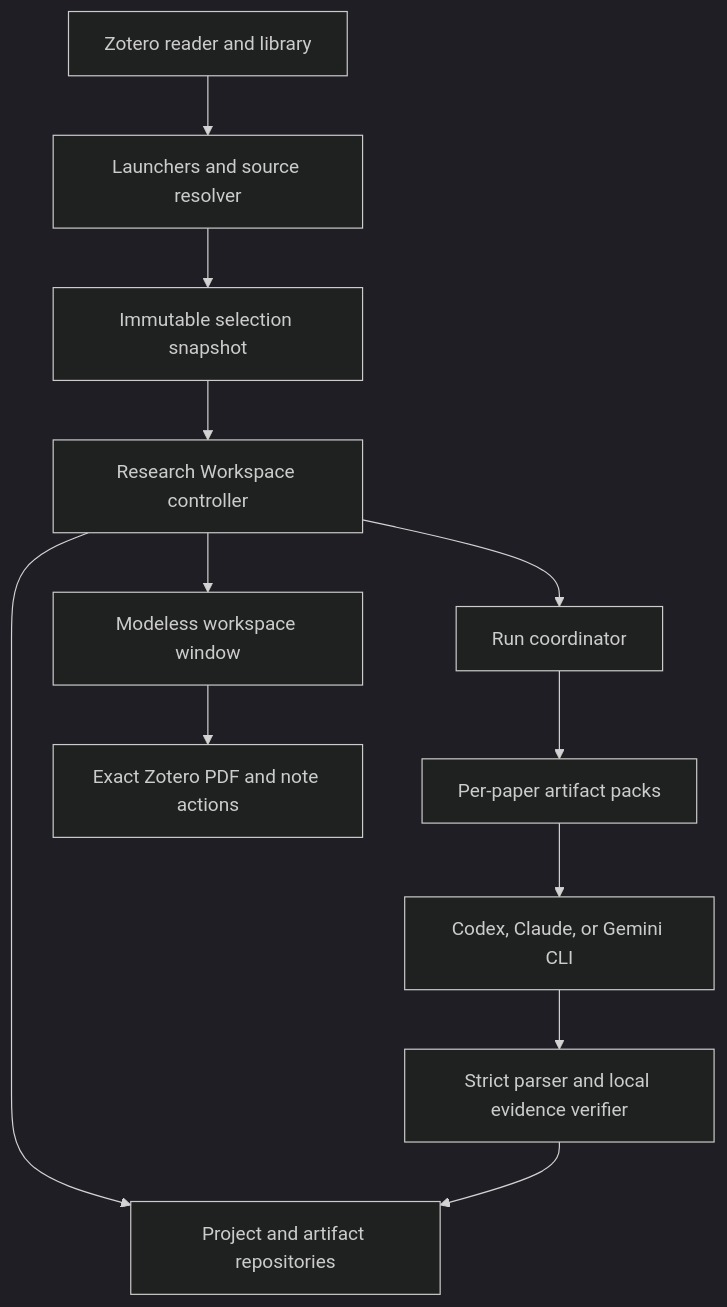
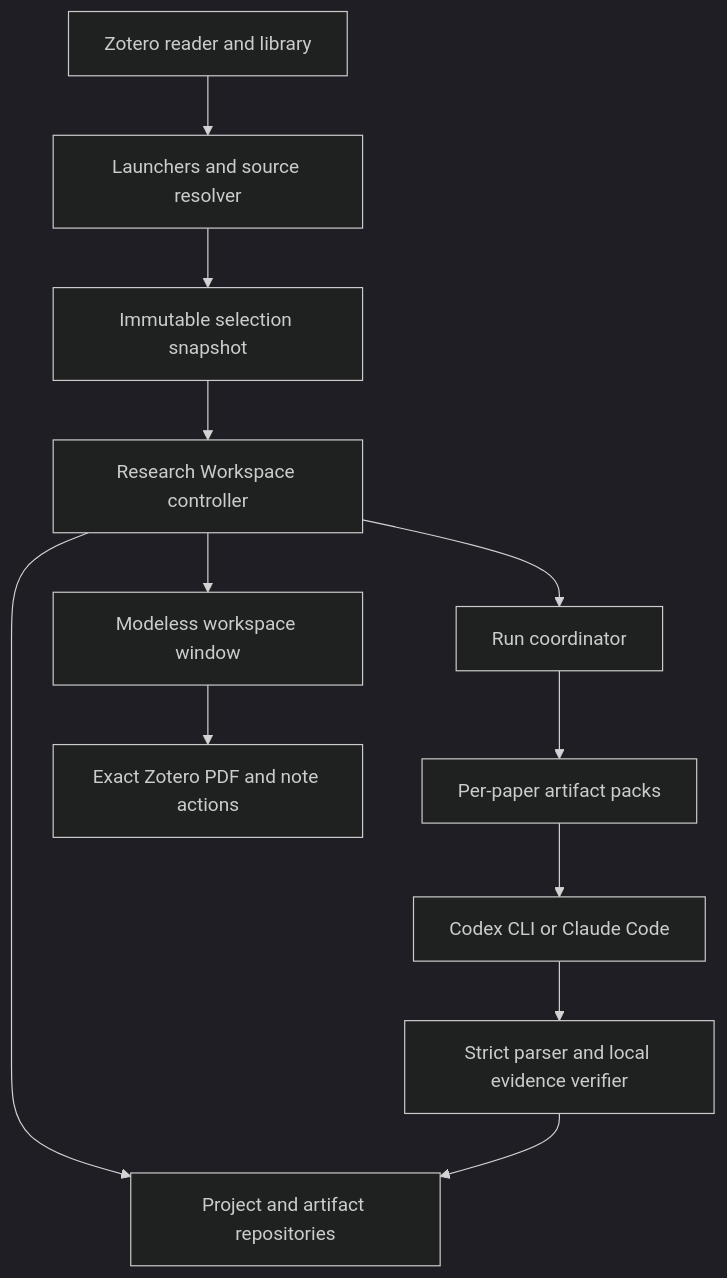
Before and after one commit to meghendra6/PaperPilot: the diagram in docs/research-workspace-redesign-spec.md, drawn with Mermaid (dark theme). The commit also changed other lines of this file and 79 other files, not shown here.

First line of the commit message:
feat: broaden Claude Code model support and remove Gemini CLI (#79)

````diff
--- a/docs/research-workspace-redesign-spec.md
+++ b/docs/research-workspace-redesign-spec.md
@@ -317,14 +317,14 @@
 ```mermaid
 flowchart TD
     A["Zotero reader and library"] --> B["Launchers and source resolver"]
     B --> C["Immutable selection snapshot"]
     C --> D["Research Workspace controller"]
     D --> E["Project and artifact repositories"]
     D --> F["Run coordinator"]
     F --> G["Per-paper artifact packs"]
-    G --> H["Codex, Claude, or Gemini CLI"]
+    G --> H["Codex CLI or Claude Code"]
     H --> I["Strict parser and local evidence verifier"]
     I --> E
     D --> J["Modeless workspace window"]
     J --> K["Exact Zotero PDF and note actions"]
 ```
````
